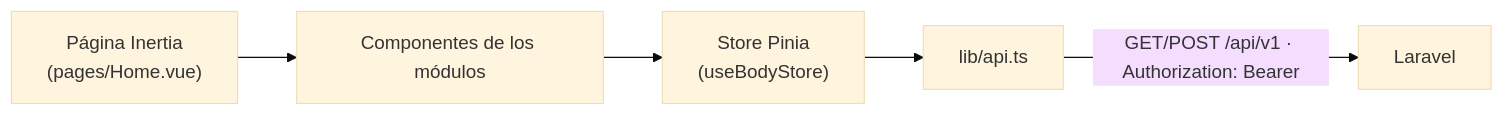
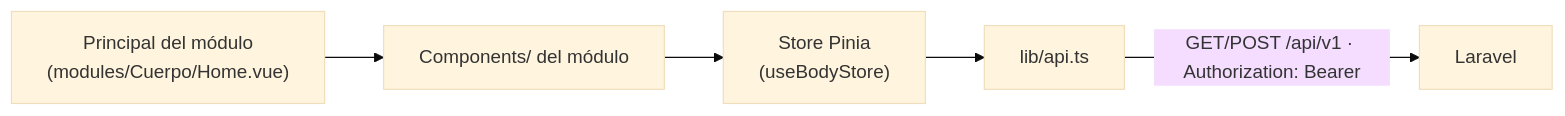
One commit to HACKATHON-NASA/ARTEMIS-III changed the diagram in documentacion/arquitectura/03-frontend-vue.md. Above: the diagram before and after it, drawn with Mermaid (base theme). The commit also changed other lines of this file and 47 other files, not shown here.

Commit message:
docs: norma del frontend modular (principal + Components, 300 líneas) y animaciones de calidad

````diff
--- a/documentacion/arquitectura/03-frontend-vue.md
+++ b/documentacion/arquitectura/03-frontend-vue.md
@@ -9,7 +9,7 @@
 ```mermaid
 flowchart LR
-    P["Página Inertia<br/>(pages/Home.vue)"] --> C["Componentes de los módulos"]
+    P["Principal del módulo<br/>(modules/Cuerpo/Home.vue)"] --> C["Components/ del módulo"]
     C --> S["Store Pinia<br/>(useBodyStore)"]
     S --> A["lib/api.ts"]
     A -- "GET/POST /api/v1 · Authorization: Bearer" --> L["Laravel"]
 ```
````
